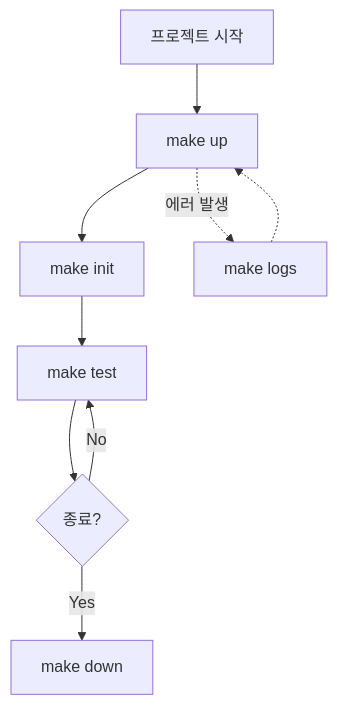
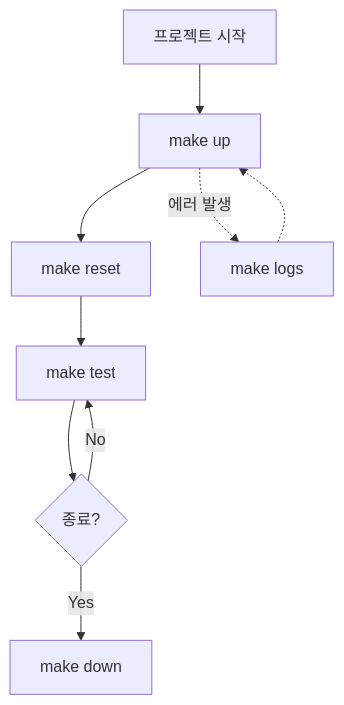
The sixth of 6 diagrams in docs/architecture/infrastructure.md (JuJin1324/concurrency-control-poc), drawn with Mermaid before and after one commit. The commit also changed other lines of this file and 5 other files, not shown here.

````diff
--- a/docs/architecture/infrastructure.md
+++ b/docs/architecture/infrastructure.md
@@ -256,12 +256,12 @@
 ```mermaid
 graph TD
     Start[프로젝트 시작] --> Up[make up]
-    Up --> Init[make init]
-    Init --> Test[make test]
+    Up --> Reset[make reset]
+    Reset --> Test[make test]
     Test --> Down{종료?}
     Down -->|Yes| Stop[make down]
     Down -->|No| Test
 
     Up -.->|에러 발생| Logs[make logs]
     Logs -.-> Up
 ```
````
